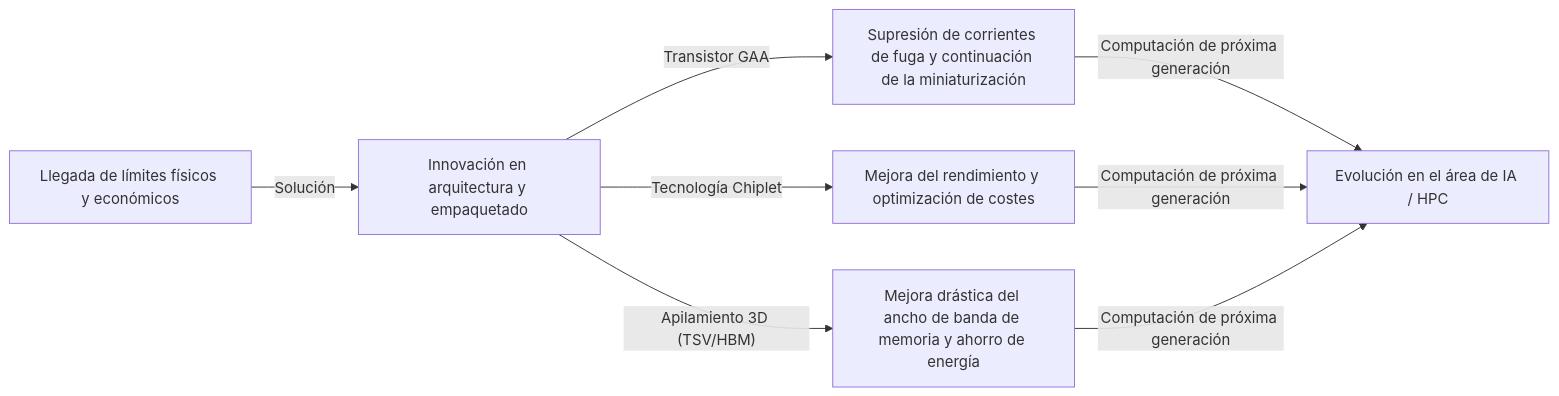
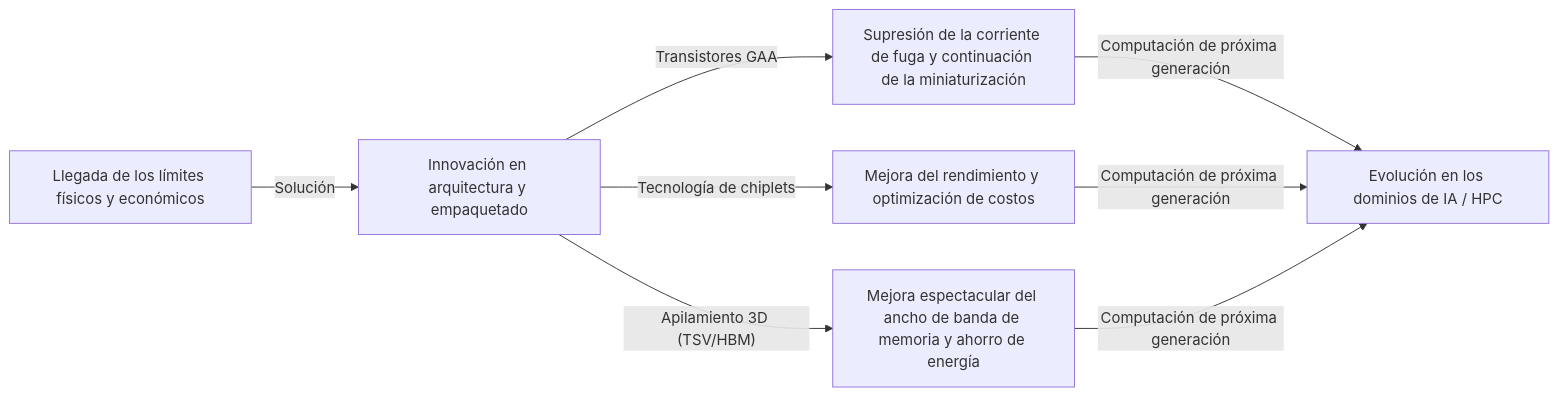
One commit to kenjinote/blog changed the second of 2 diagrams in content/post/business-moores-law/index.es.md. Above: the diagram before and after it, drawn with Mermaid. The commit also changed other lines of this file and 40 other files, not shown here.

````diff
--- a/content/post/business-moores-law/index.es.md
+++ b/content/post/business-moores-law/index.es.md
@@ -111,10 +111,10 @@
 ```mermaid
 graph LR
-    A["Llegada de límites físicos y económicos"] -- "Solución" --> B["Innovación en arquitectura y empaquetado"]
-    B -- "Transistor GAA" --> C["Supresión de corrientes de fuga y continuación de la miniaturización"]
-    B -- "Tecnología Chiplet" --> D["Mejora del rendimiento y optimización de costes"]
-    B -- "Apilamiento 3D (TSV/HBM)" --> E["Mejora drástica del ancho de banda de memoria y ahorro de energía"]
-    C -- "Computación de próxima generación" --> F["Evolución en el área de IA / HPC"]
+    A["Llegada de los límites físicos y económicos"] -- "Solución" --> B["Innovación en arquitectura y empaquetado"]
+    B -- "Transistores GAA" --> C["Supresión de la corriente de fuga y continuación de la miniaturización"]
+    B -- "Tecnología de chiplets" --> D["Mejora del rendimiento y optimización de costos"]
+    B -- "Apilamiento 3D (TSV/HBM)" --> E["Mejora espectacular del ancho de banda de memoria y ahorro de energía"]
+    C -- "Computación de próxima generación" --> F["Evolución en los dominios de IA / HPC"]
     D -- "Computación de próxima generación" --> F
     E -- "Computación de próxima generación" --> F
 ```
````
